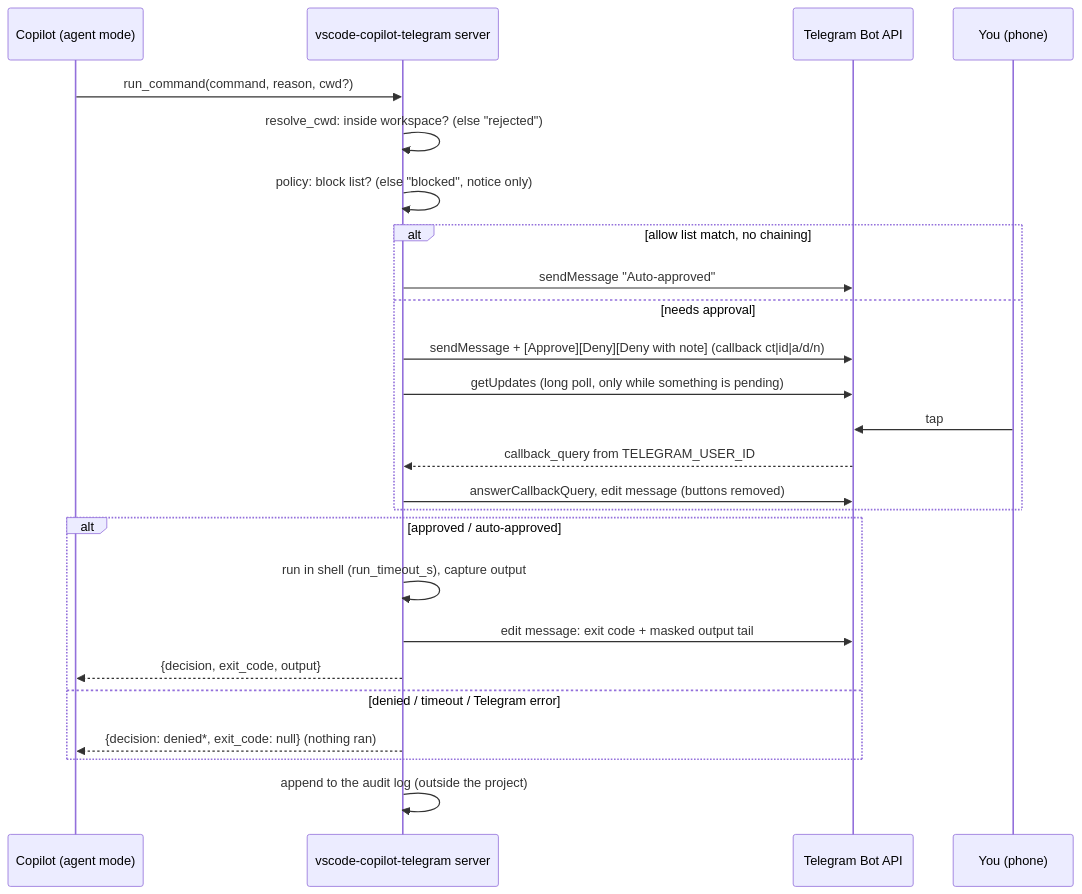
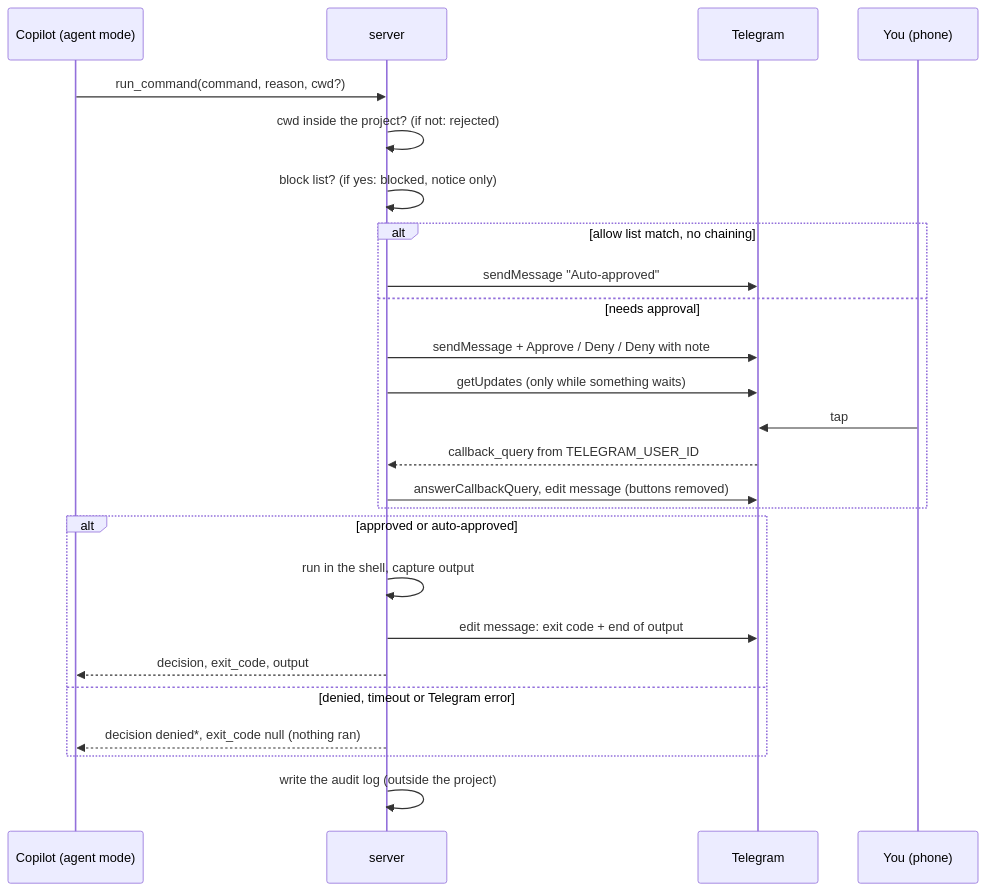
One commit to weslylaboy/vscode-copilot-telegram changed the diagram in docs/ARCHITECTURE.md. Above: the diagram before and after it, drawn with Mermaid. The commit also changed other lines of this file and 13 other files, not shown here.

````diff
--- a/docs/ARCHITECTURE.md
+++ b/docs/ARCHITECTURE.md
@@ -35,27 +35,27 @@
 ```mermaid
 sequenceDiagram
     participant C as Copilot (agent mode)
-    participant S as vscode-copilot-telegram server
-    participant T as Telegram Bot API
+    participant S as server
+    participant T as Telegram
     participant U as You (phone)
     C->>S: run_command(command, reason, cwd?)
-    S->>S: resolve_cwd: inside workspace? (else "rejected")
-    S->>S: policy: block list? (else "blocked", notice only)
+    S->>S: cwd inside the project? (if not: rejected)
+    S->>S: block list? (if yes: blocked, notice only)
     alt allow list match, no chaining
         S->>T: sendMessage "Auto-approved"
     else needs approval
-        S->>T: sendMessage + [Approve][Deny][Deny with note] (callback ct|id|a/d/n)
-        S->>T: getUpdates (long poll, only while something is pending)
+        S->>T: sendMessage + Approve / Deny / Deny with note
+        S->>T: getUpdates (only while something waits)
         U->>T: tap
         T-->>S: callback_query from TELEGRAM_USER_ID
         S->>T: answerCallbackQuery, edit message (buttons removed)
     end
-    alt approved / auto-approved
-        S->>S: run in shell (run_timeout_s), capture output
-        S->>T: edit message: exit code + masked output tail
-        S-->>C: {decision, exit_code, output}
-    else denied / timeout / Telegram error
-        S-->>C: {decision: denied*, exit_code: null} (nothing ran)
+    alt approved or auto-approved
+        S->>S: run in the shell, capture output
+        S->>T: edit message: exit code + end of output
+        S-->>C: decision, exit_code, output
+    else denied, timeout or Telegram error
+        S-->>C: decision denied*, exit_code null (nothing ran)
     end
-    S->>S: append to the audit log (outside the project)
+    S->>S: write the audit log (outside the project)
 ```
````
